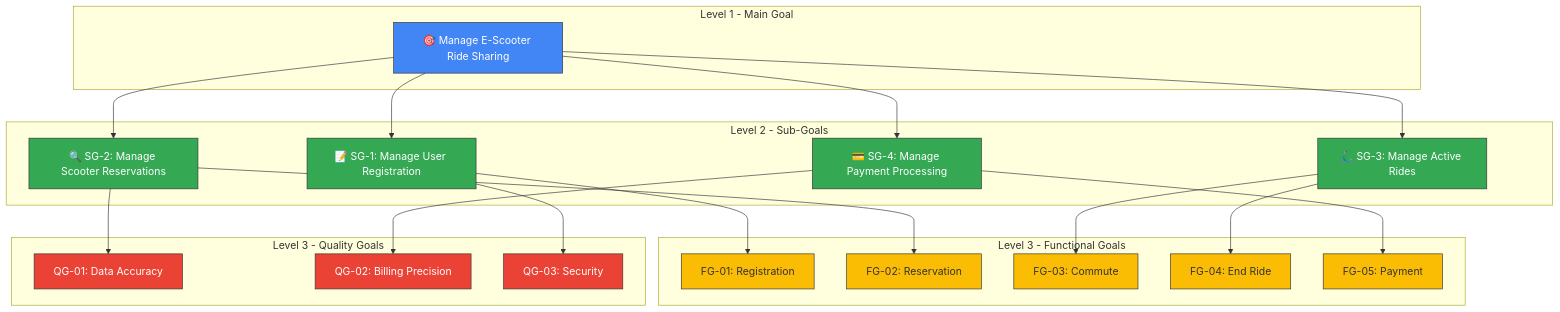
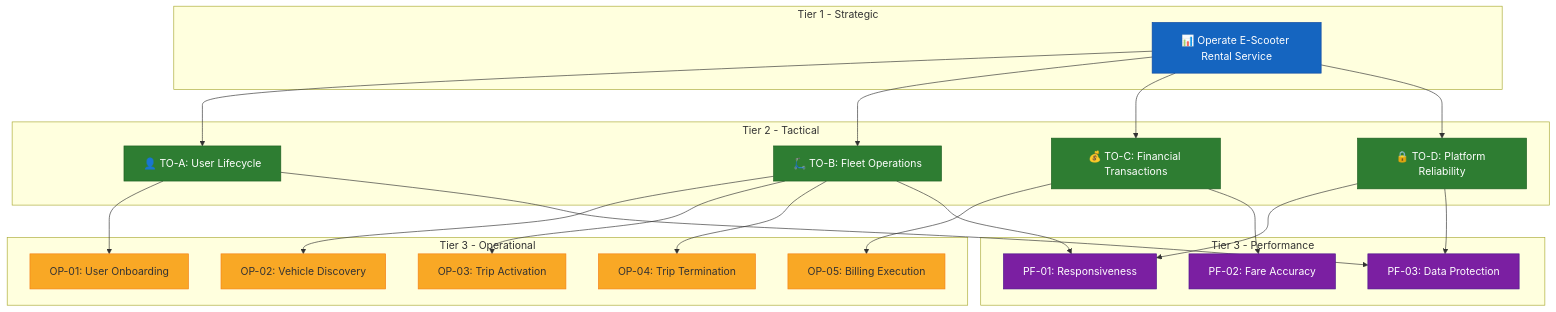
One commit to Siddharthpatni/Requirment_Asssignment changed the first of 2 diagrams in Nikunj_exercise-04/solution.md. Above: the diagram before and after it, drawn with Mermaid. The commit also changed other lines of this file, not shown here.

````diff
--- a/Nikunj_exercise-04/solution.md
+++ b/Nikunj_exercise-04/solution.md
@@ -144,58 +83,60 @@
 ```mermaid
-graph TD
-    subgraph Level1["Level 1 - Main Goal"]
-        MG["🎯 Manage E-Scooter Ride Sharing"]
+graph TB
+    subgraph "Tier 1 - Strategic"
+        SO["📊 Operate E-Scooter Rental Service"]
     end
     
-    subgraph Level2["Level 2 - Sub-Goals"]
-        SG1["📝 SG-1: Manage User Registration"]
-        SG2["🔍 SG-2: Manage Scooter Reservations"]
-        SG3["🛴 SG-3: Manage Active Rides"]
-        SG4["💳 SG-4: Manage Payment Processing"]
+    subgraph "Tier 2 - Tactical"
+        TOA["👤 TO-A: User Lifecycle"]
+        TOB["🛴 TO-B: Fleet Operations"]
+        TOC["💰 TO-C: Financial Transactions"]
+        TOD["🔒 TO-D: Platform Reliability"]
     end
     
-    subgraph Level3["Level 3 - Functional Goals"]
-        FG1["FG-01: Registration"]
-        FG2["FG-02: Reservation"]
-        FG3["FG-03: Commute"]
-        FG4["FG-04: End Ride"]
-        FG5["FG-05: Payment"]
+    subgraph "Tier 3 - Operational"
+        OP1["OP-01: User Onboarding"]
+        OP2["OP-02: Vehicle Discovery"]
+        OP3["OP-03: Trip Activation"]
+        OP4["OP-04: Trip Termination"]
+        OP5["OP-05: Billing Execution"]
     end
     
-    subgraph Level3Q["Level 3 - Quality Goals"]
-        QG1["QG-01: Data Accuracy"]
-        QG2["QG-02: Billing Precision"]
-        QG3["QG-03: Security"]
+    subgraph "Tier 3 - Performance"
+        PF1["PF-01: Responsiveness"]
+        PF2["PF-02: Fare Accuracy"]
+        PF3["PF-03: Data Protection"]
     end
     
-    MG --> SG1
-    MG --> SG2
-    MG --> SG3
-    MG --> SG4
+    SO --> TOA
+    SO --> TOB
+    SO --> TOC
+    SO --> TOD
     
-    SG1 --> FG1
-    SG1 --> QG3
+    TOA --> OP1
+    TOA --> PF3
     
-    SG2 --> FG2
-    SG2 --> QG1
+    TOB --> OP2
+    TOB --> OP3
+    TOB --> OP4
+    TOB --> PF1
     
-    SG3 --> FG3
-    SG3 --> FG4
+    TOC --> OP5
+    TOC --> PF2
     
-    SG4 --> FG5
-    SG4 --> QG2
+    TOD --> PF1
+    TOD --> PF3
     
-    style MG fill:#4285f4,stroke:#333,color:#fff
-    style SG1 fill:#34a853,stroke:#333,color:#fff
-    style SG2 fill:#34a853,stroke:#333,color:#fff
-    style SG3 fill:#34a853,stroke:#333,color:#fff
-    style SG4 fill:#34a853,stroke:#333,color:#fff
-    style FG1 fill:#fbbc04,stroke:#333
-    style FG2 fill:#fbbc04,stroke:#333
-    style FG3 fill:#fbbc04,stroke:#333
-    style FG4 fill:#fbbc04,stroke:#333
-    style FG5 fill:#fbbc04,stroke:#333
-    style QG1 fill:#ea4335,stroke:#333,color:#fff
-    style QG2 fill:#ea4335,stroke:#333,color:#fff
-    style QG3 fill:#ea4335,stroke:#333,color:#fff
+    style SO fill:#1565c0,stroke:#0d47a1,color:#fff
+    style TOA fill:#2e7d32,stroke:#1b5e20,color:#fff
+    style TOB fill:#2e7d32,stroke:#1b5e20,color:#fff
+    style TOC fill:#2e7d32,stroke:#1b5e20,color:#fff
+    style TOD fill:#2e7d32,stroke:#1b5e20,color:#fff
+    style OP1 fill:#f9a825,stroke:#f57f17
+    style OP2 fill:#f9a825,stroke:#f57f17
+    style OP3 fill:#f9a825,stroke:#f57f17
+    style OP4 fill:#f9a825,stroke:#f57f17
+    style OP5 fill:#f9a825,stroke:#f57f17
+    style PF1 fill:#7b1fa2,stroke:#4a148c,color:#fff
+    style PF2 fill:#7b1fa2,stroke:#4a148c,color:#fff
+    style PF3 fill:#7b1fa2,stroke:#4a148c,color:#fff
 ```
````
